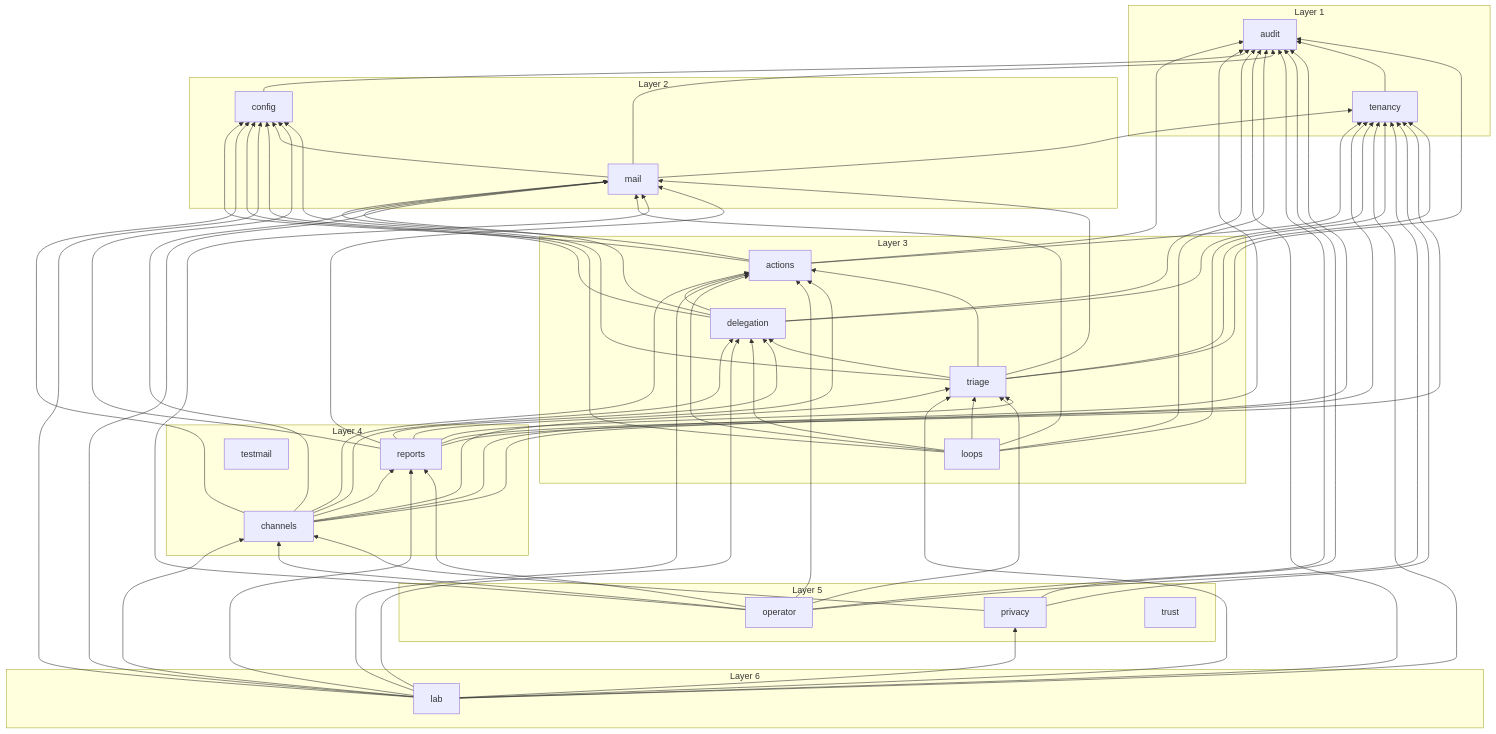
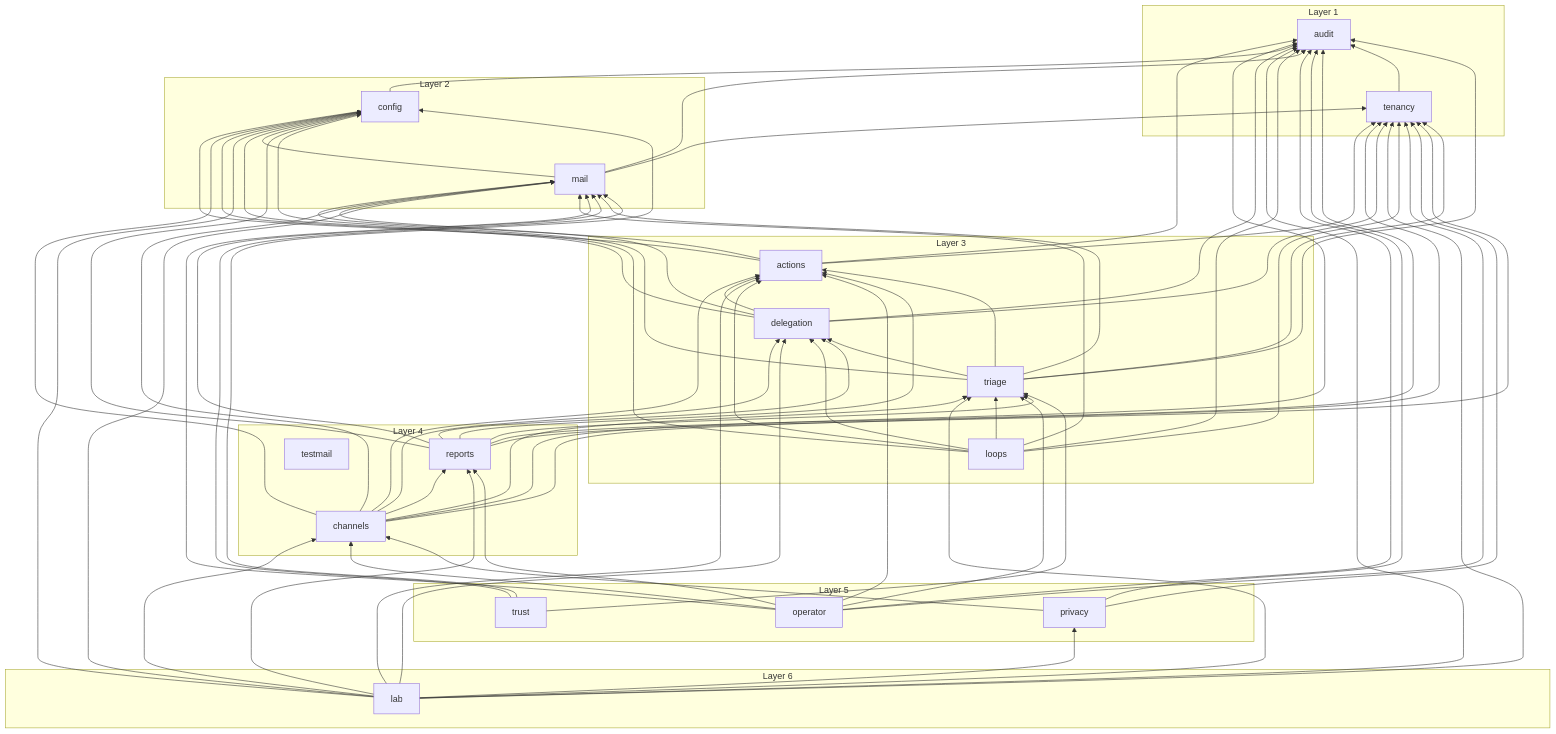
One commit to Artexs/email_assistant changed the diagram in docs/diagrams/module-graph.md. Above: the diagram before and after it, drawn with Mermaid. The commit also changed 41 other files, not shown here.

Commit message:
F110 stage 04: grant in the category policy, triage moves only under the grant key, evidence gate behind trust_ladder, CLI and web share one gate builder

````diff
--- a/docs/diagrams/module-graph.md
+++ b/docs/diagrams/module-graph.md
@@ -95,4 +95,7 @@
   triage --> delegation
   triage --> mail
   triage --> tenancy
+  trust --> config
+  trust --> mail
+  trust --> triage
 ```
````
